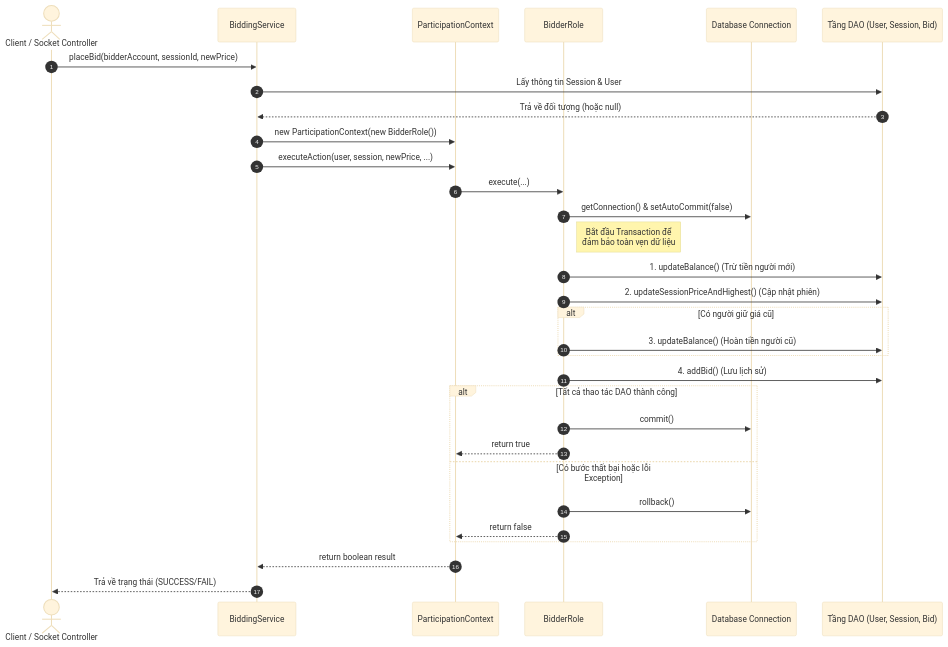
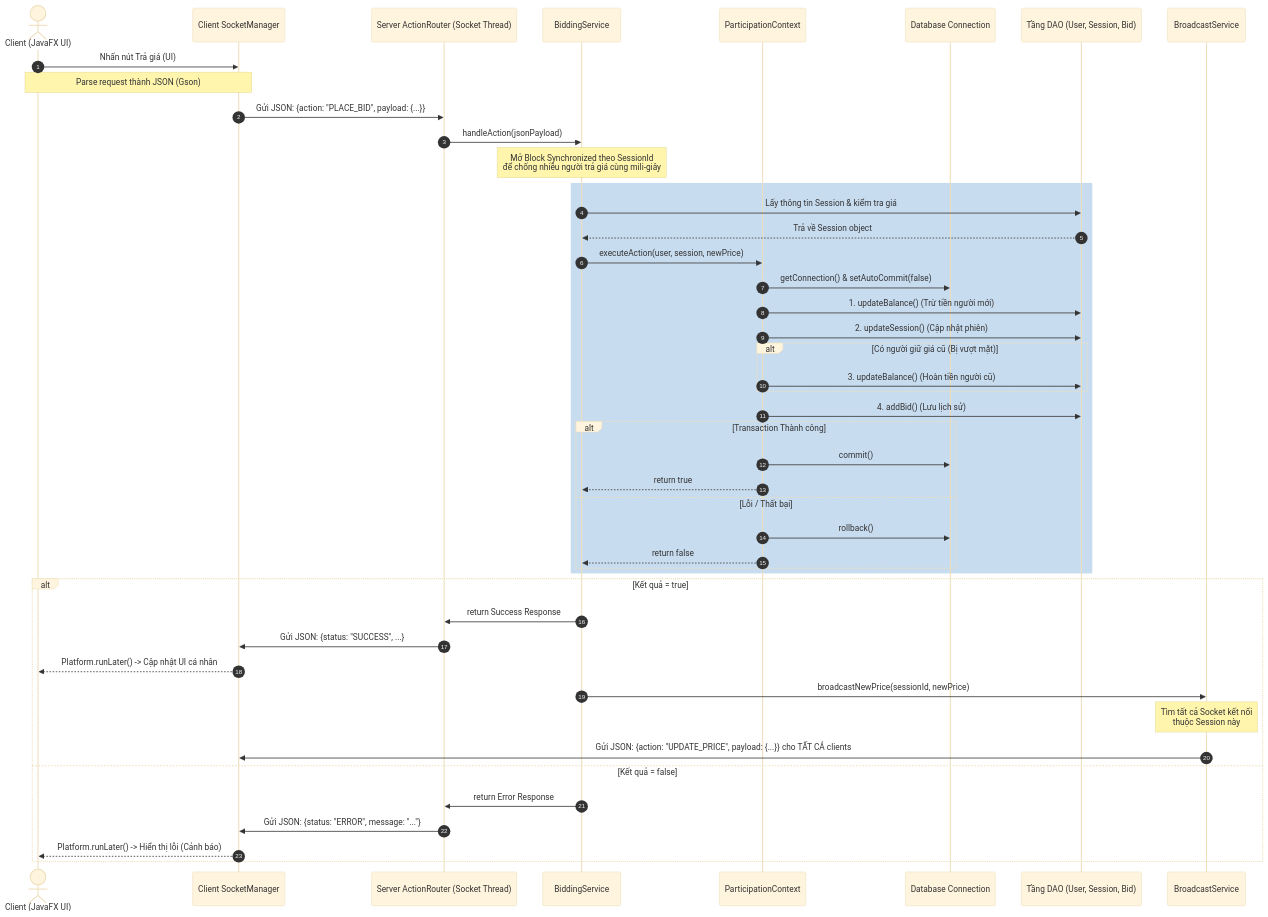
Before and after one commit to phudeptraibodoithe/Bai-tap-lon-nhom-6: the second of 3 diagrams in README.md, drawn with Mermaid (base theme). The commit also changed other lines of this file, not shown here.

Commit message:
docs: sửa UML và thêm các sơ đồ hoạt động

````diff
--- a/README.md
+++ b/README.md
@@ -124,48 +137,63 @@
 ```mermaid
 sequenceDiagram
     autonumber
-    actor Client as Client / Socket Controller
+    actor Client as Client (JavaFX UI)
+    participant Socket as Client SocketManager
+    participant Router as Server ActionRouter (Socket Thread)
     participant BS as BiddingService
     participant Context as ParticipationContext
-    participant Role as BidderRole
     participant DB as Database Connection
     participant DAOs as Tầng DAO (User, Session, Bid)
+    participant Broadcaster as BroadcastService
 
-    Client->>BS: placeBid(bidderAccount, sessionId, newPrice)
+    %% Giai đoạn 1: Client gửi Request qua Socket
+    Client->>Socket: Nhấn nút Trả giá (UI)
+    Note over Client, Socket: Parse request thành JSON (Gson)
+    Socket->>Router: Gửi JSON: {action: "PLACE_BID", payload: {...}}
+
+    %% Giai đoạn 2: Xử lý Đồng bộ & Logic
+    Router->>BS: handleAction(jsonPayload)
     
-    %% Kiểm tra cơ bản
-    BS->>DAOs: Lấy thông tin Session & User
-    DAOs-->>BS: Trả về đối tượng (hoặc null)
-    
-    %% Khởi tạo Strategy
-    BS->>Context: new ParticipationContext(new BidderRole())
-    BS->>Context: executeAction(user, session, newPrice, ...)
-    Context->>Role: execute(...)
-    
-    %% Bắt đầu Transaction
-    Role->>DB: getConnection() & setAutoCommit(false)
-    Note right of Role: Bắt đầu Transaction để<br/>đảm bảo toàn vẹn dữ liệu
-    
-    %% 4 Bước logic
-    Role->>DAOs: 1. updateBalance() (Trừ tiền người mới)
-    Role->>DAOs: 2. updateSessionPriceAndHighest() (Cập nhật phiên)
-    
-    alt Có người giữ giá cũ
-        Role->>DAOs: 3. updateBalance() (Hoàn tiền người cũ)
+    Note over BS: Mở Block Synchronized theo SessionId<br/>để chống nhiều người trả giá cùng mili-giây
+    rect rgb(200, 220, 240)
+        BS->>DAOs: Lấy thông tin Session & kiểm tra giá
+        DAOs-->>BS: Trả về Session object
+        
+        %% Strategy & Transaction
+        BS->>Context: executeAction(user, session, newPrice)
+        Context->>DB: getConnection() & setAutoCommit(false)
+        
+        Context->>DAOs: 1. updateBalance() (Trừ tiền người mới)
+        Context->>DAOs: 2. updateSession() (Cập nhật phiên)
+        
+        alt Có người giữ giá cũ (Bị vượt mặt)
+            Context->>DAOs: 3. updateBalance() (Hoàn tiền người cũ)
+        end
+        
+        Context->>DAOs: 4. addBid() (Lưu lịch sử)
+        
+        alt Transaction Thành công
+            Context->>DB: commit()
+            Context-->>BS: return true
+        else Lỗi / Thất bại
+            Context->>DB: rollback()
+            Context-->>BS: return false
+        end
     end
-    
-    Role->>DAOs: 4. addBid() (Lưu lịch sử)
-    
-    %% Xử lý kết quả Transaction
-    alt Tất cả thao tác DAO thành công
-        Role->>DB: commit()
-        Role-->>Context: return true
-    else Có bước thất bại hoặc lỗi Exception
-        Role->>DB: rollback()
-        Role-->>Context: return false
+
+    %% Giai đoạn 3: Phản hồi & Real-time Broadcast
+    alt Kết quả = true
+        BS->>Router: return Success Response
+        Router->>Socket: Gửi JSON: {status: "SUCCESS", ...}
+        Socket-->>Client: Platform.runLater() -> Cập nhật UI cá nhân
+        
+        %% Bước quyết định của Real-time
+        BS->>Broadcaster: broadcastNewPrice(sessionId, newPrice)
+        Note over Broadcaster: Tìm tất cả Socket kết nối<br/>thuộc Session này
+        Broadcaster->>Socket: Gửi JSON: {action: "UPDATE_PRICE", payload: {...}} cho TẤT CẢ clients
+    else Kết quả = false
+        BS->>Router: return Error Response
+        Router->>Socket: Gửi JSON: {status: "ERROR", message: "..."}
+        Socket-->>Client: Platform.runLater() -> Hiển thị lỗi (Cảnh báo)
     end
-    
-    %% Trả kết quả về
-    Context-->>BS: return boolean result
-    BS-->>Client: Trả về trạng thái (SUCCESS/FAIL)
 ```
````
